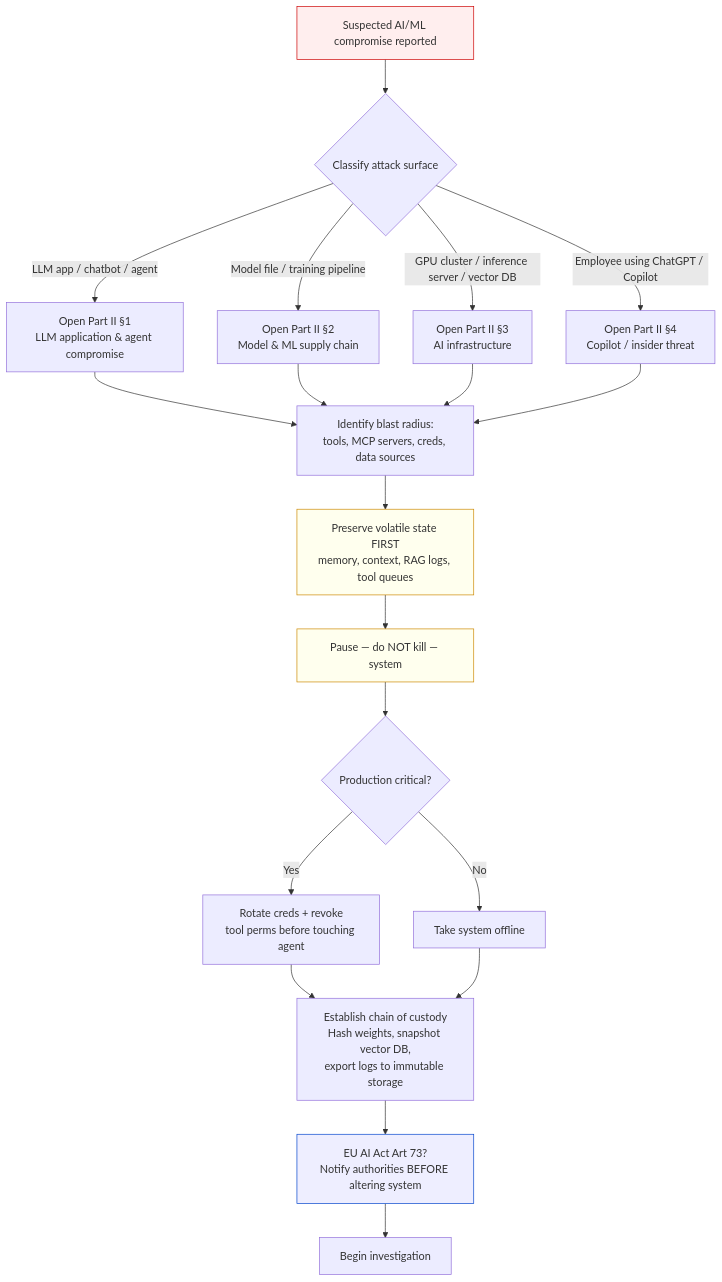
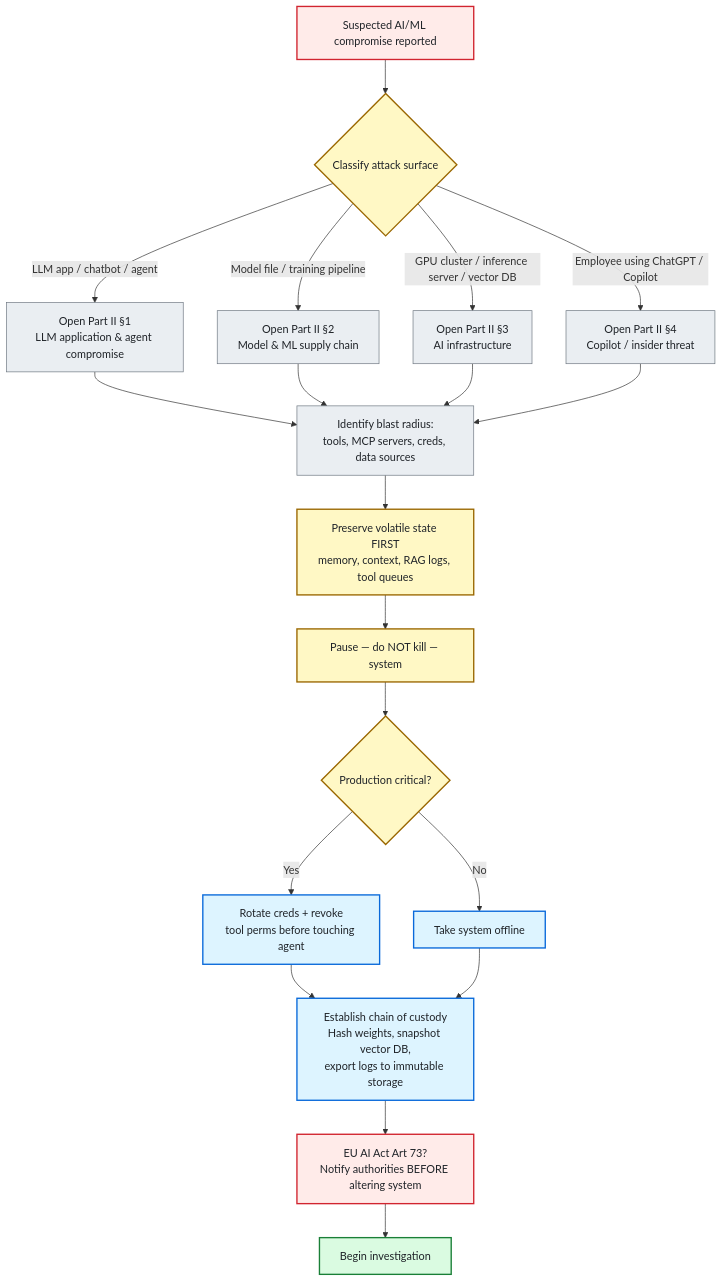
The first of 8 diagrams in docs/ai-dfir-investigation-guide.md (depalmar/ai-dfir-toolkit), drawn with Mermaid before and after one commit. The commit also changed other lines of this file, not shown here.

Commit message:
Restyle Mermaid diagrams with GitHub Primer palette for light/dark mode legibility

````diff
--- a/docs/ai-dfir-investigation-guide.md
+++ b/docs/ai-dfir-investigation-guide.md
@@ -45,26 +45,35 @@
 ```mermaid
 flowchart TD
     A[Suspected AI/ML compromise reported] --> B{Classify attack surface}
     B -->|LLM app / chatbot / agent| C[Open Part II §1<br/>LLM application & agent compromise]
     B -->|Model file / training pipeline| D[Open Part II §2<br/>Model & ML supply chain]
     B -->|GPU cluster / inference server / vector DB| E[Open Part II §3<br/>AI infrastructure]
     B -->|Employee using ChatGPT / Copilot| F[Open Part II §4<br/>Copilot / insider threat]
     C --> G[Identify blast radius:<br/>tools, MCP servers, creds, data sources]
     D --> G
     E --> G
     F --> G
     G --> H[Preserve volatile state FIRST<br/>memory, context, RAG logs, tool queues]
     H --> I[Pause — do NOT kill — system]
     I --> J{Production critical?}
     J -->|Yes| K[Rotate creds + revoke<br/>tool perms before touching agent]
     J -->|No| L[Take system offline]
     K --> M[Establish chain of custody<br/>Hash weights, snapshot vector DB,<br/>export logs to immutable storage]
     L --> M
     M --> N[EU AI Act Art 73?<br/>Notify authorities BEFORE altering system]
     N --> O[Begin investigation]
 
-    style A fill:#fee,stroke:#c00
-    style H fill:#ffe,stroke:#c80
-    style I fill:#ffe,stroke:#c80
-    style N fill:#eef,stroke:#04c
+    classDef danger fill:#ffebe9,stroke:#d1242f,stroke-width:2px,color:#1f2328
+    classDef warn fill:#fff8c5,stroke:#9a6700,stroke-width:2px,color:#1f2328
+    classDef info fill:#ddf4ff,stroke:#0969da,stroke-width:2px,color:#1f2328
+    classDef safe fill:#dafbe1,stroke:#1a7f37,stroke-width:2px,color:#1f2328
+    classDef muted fill:#eaeef2,stroke:#6e7781,stroke-width:1px,color:#1f2328
+
+    class A danger
+    class B,J warn
+    class C,D,E,F,G muted
+    class H,I warn
+    class K,L,M info
+    class N danger
+    class O safe
 ```
````
